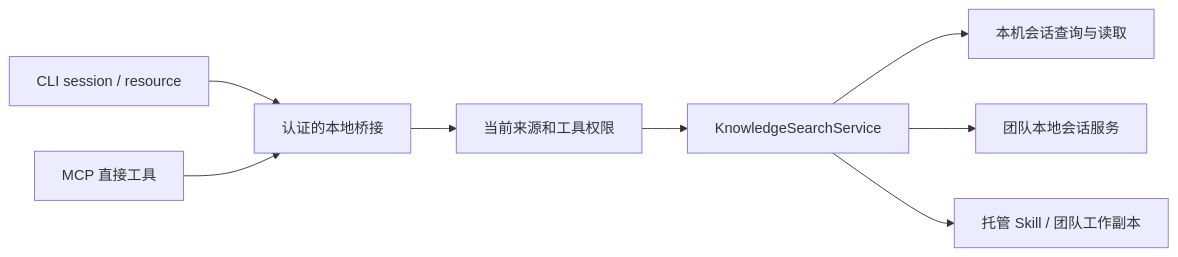
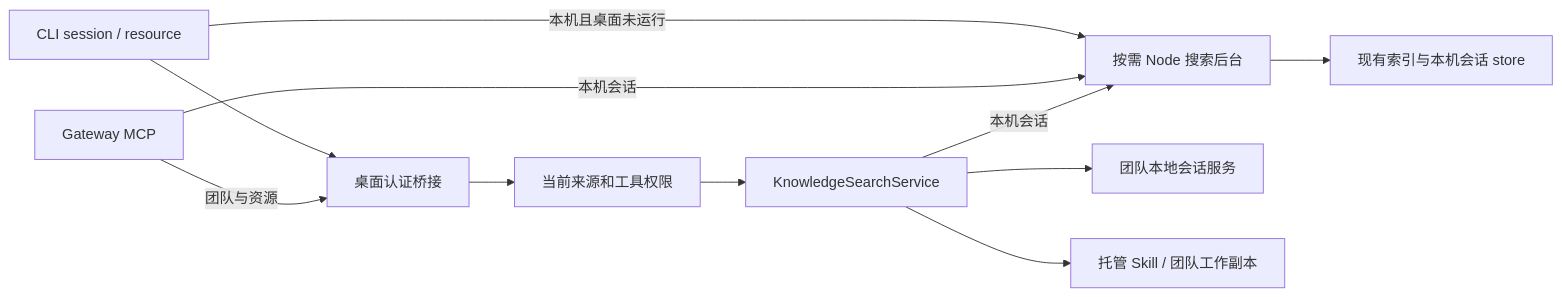
One commit to zszz3/AgentRecall changed the diagram in docs/spec/knowledge-search.md. Above: the diagram before and after it, drawn with Mermaid. The commit also changed other lines of this file and 33 other files, not shown here.

Commit message:
feat(v2): run local session search without the desktop

````diff
--- a/docs/spec/knowledge-search.md
+++ b/docs/spec/knowledge-search.md
@@ -7,10 +7,13 @@
 ```mermaid
 flowchart LR
-    CLI[CLI session / resource] --> Bridge[认证的本地桥接]
-    MCP[MCP 直接工具] --> Bridge
+    CLI[CLI session / resource] --> Bridge[桌面认证桥接]
+    CLI -->|本机且桌面未运行| Backend[按需 Node 搜索后台]
+    MCP[Gateway MCP] -->|本机会话| Backend
+    MCP -->|团队与资源| Bridge
     Bridge --> Gate[当前来源和工具权限]
     Gate --> Search[KnowledgeSearchService]
-    Search --> Local[本机会话查询与读取]
+    Search -->|本机会话| Backend
     Search --> Team[团队本地会话服务]
     Search --> Assets[托管 Skill / 团队工作副本]
+    Backend --> Local[现有索引与本机会话 store]
 ```
````
